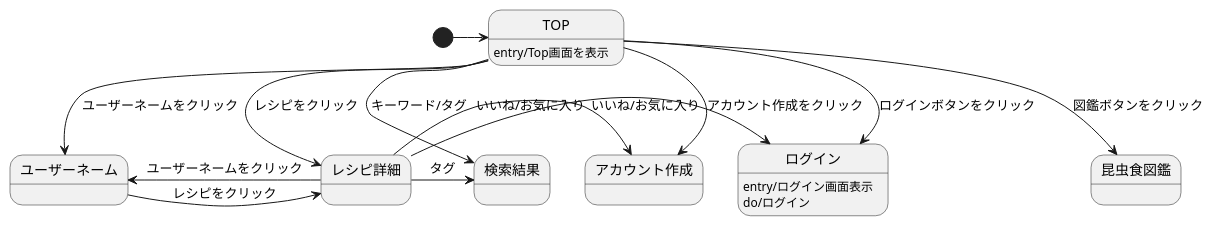
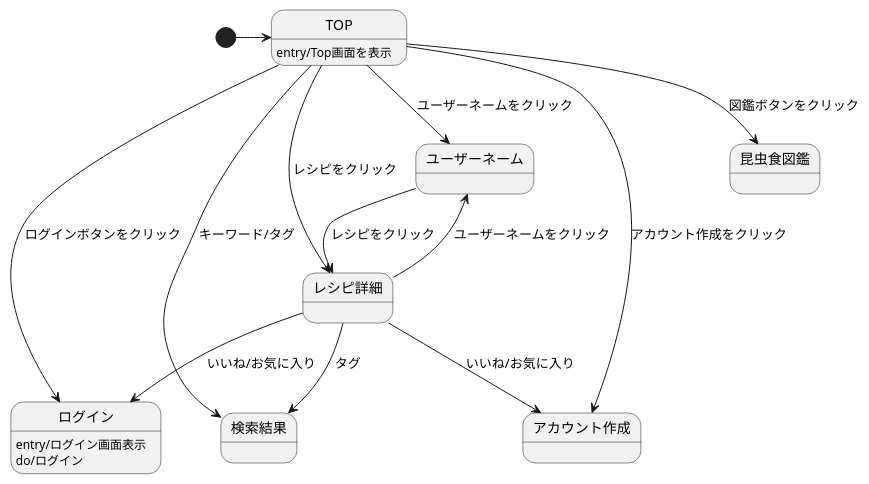
The diagram in ScreenTransitionDiagram.md (ASO2001040/bugbug-design), drawn with PlantUML before and after one commit.

````diff
--- a/ScreenTransitionDiagram.md
+++ b/ScreenTransitionDiagram.md
@@ -1,20 +1,20 @@
 ```uml
 @startuml
 [*]->TOP
 
 TOP : entry/Top画面を表示
 TOP-->ログイン: ログインボタンをクリック
 TOP-->アカウント作成: アカウント作成をクリック
 TOP-->昆虫食図鑑: 図鑑ボタンをクリック
 TOP-->ユーザーネーム: ユーザーネームをクリック
 TOP-->レシピ詳細: レシピをクリック
 TOP-->検索結果: キーワード/タグ
 ユーザーネーム->レシピ詳細: レシピをクリック
-レシピ詳細->ユーザーネーム: ユーザーネームをクリック
-レシピ詳細->検索結果: タグ
-レシピ詳細->アカウント作成: いいね/お気に入り
-レシピ詳細->ログイン: いいね/お気に入り
+レシピ詳細-->ユーザーネーム: ユーザーネームをクリック
+レシピ詳細-->検索結果: タグ
+レシピ詳細-->アカウント作成: いいね/お気に入り
+レシピ詳細-->ログイン: いいね/お気に入り
 ログイン: entry/ログイン画面表示
 ログイン : do/ログイン
 @enduml
 ```
````
